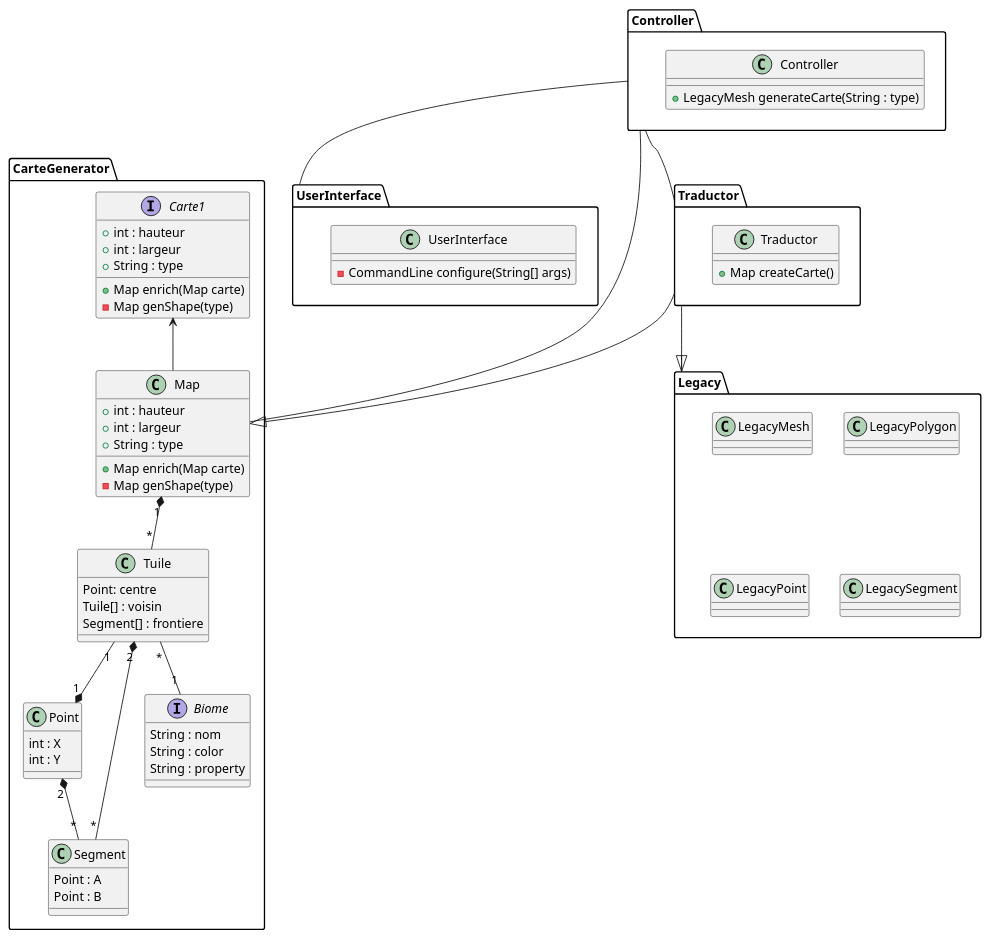
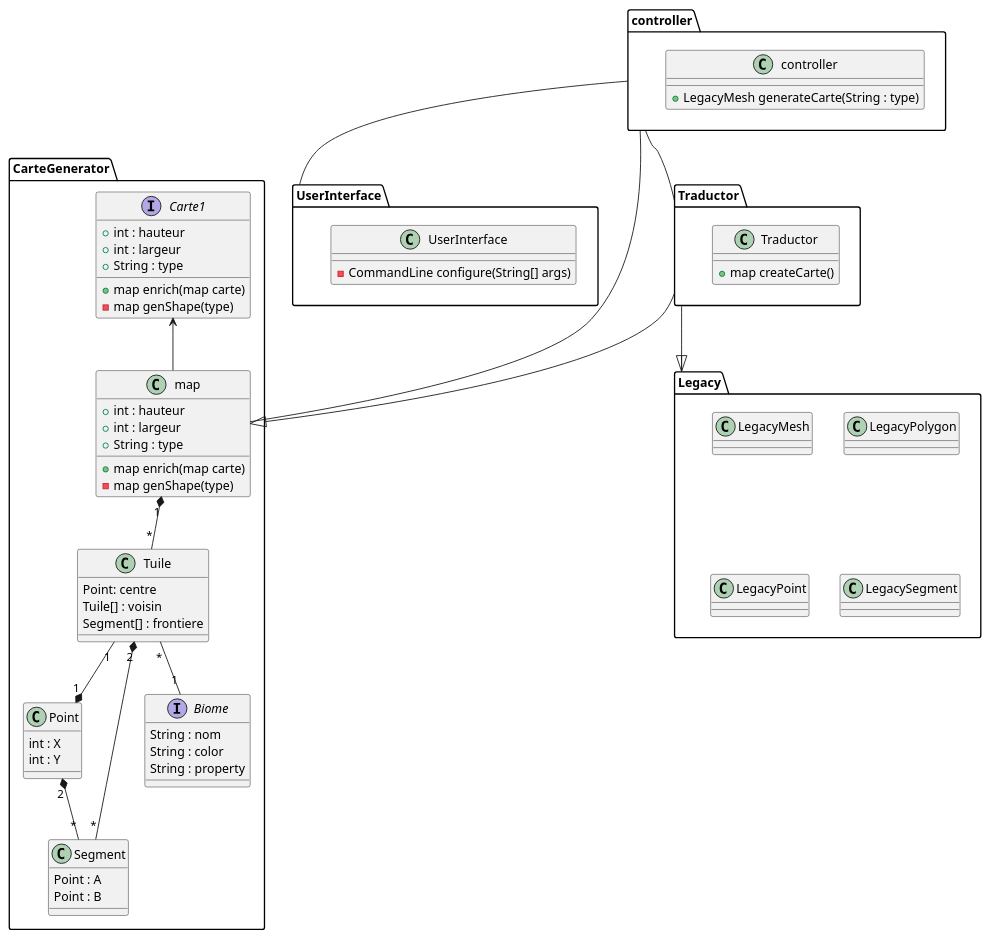
Before and after one commit to cryptoswarm/terrain-generator: the diagram in diagrame_de_class.puml, drawn with PlantUML. The commit also changed 22 other files, not shown here.

```diff
--- a/diagrame_de_class.puml
+++ b/diagrame_de_class.puml
@@ -1,76 +1,76 @@
 @startuml
 
 package UserInterface {
     class UserInterface {
         - CommandLine configure(String[] args)
     }
 }
-Package Controller {
-    class Controller {
+Package controller {
+    class controller {
         + LegacyMesh generateCarte(String : type)
     }
 }
 Package Traductor {
     class Traductor{
-        + Map createCarte()
+        + map createCarte()
     }
 }
 Package Legacy {
     class LegacyMesh
     class LegacyPolygon
     class LegacyPoint
     class LegacySegment
 
 }
 
 Package CarteGenerator {
      Interface Carte1 {
         + int : hauteur
         + int : largeur
         + String : type
-        + Map enrich(Map carte)
-        - Map genShape(type)
+        + map enrich(map carte)
+        - map genShape(type)
      }
 
-     class Map {
+     class map {
          + int : hauteur
          + int : largeur
          + String : type
-         + Map enrich(Map carte)
-         - Map genShape(type)
+         + map enrich(map carte)
+         - map genShape(type)
 
      }
      class Tuile {
          Point: centre
          Tuile[] : voisin
          Segment[] : frontiere
      }
      class Point {
         int : X
         int : Y
      }
      class Segment {
         Point : A
         Point : B
      }
 
      Interface Biome {
         String : nom
         String : color
         String : property
      }
 }
 
-Carte1 <-- Map
-Controller -- UserInterface
-Controller -- Traductor
-Controller -- Map
+Carte1 <-- map
+controller -- UserInterface
+controller -- Traductor
+controller -- map
 Traductor --|> Legacy
-Traductor --|> Map
-Map "1" *-- "*" Tuile
+Traductor --|> map
+map "1" *-- "*" Tuile
 Tuile "*" -- "1" Biome
 Tuile "2" *-- "*" Segment
 Tuile "1" --* "1" Point
 Point "2" *-- "*" Segment
 
 @enduml
```
